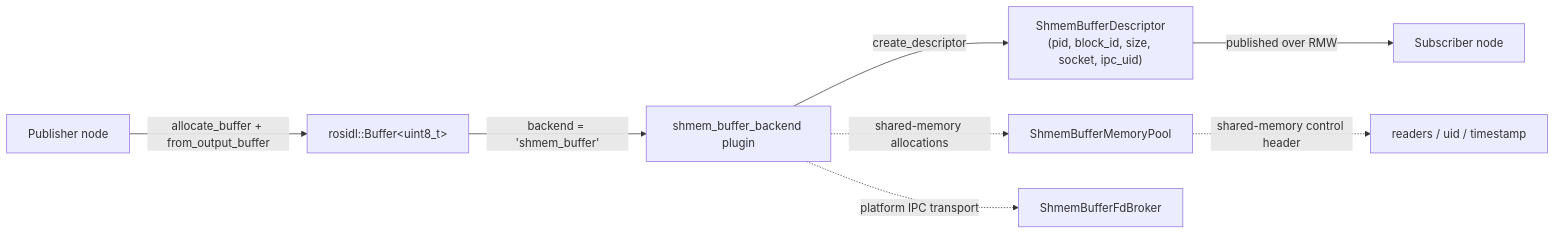
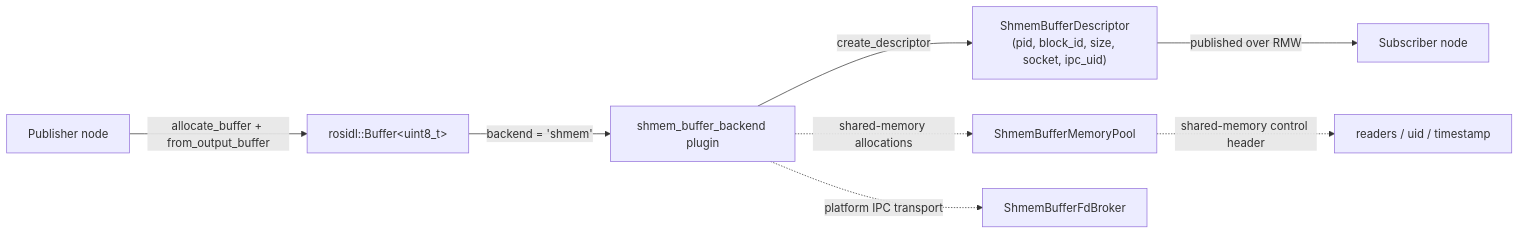
Before and after one commit to dskkato/shmem_buffer_backend: the first of 6 diagrams in docs/shmem_buffer_backend_design.md, drawn with Mermaid. The commit also changed other lines of this file and 9 other files, not shown here.

Commit message:
Rename backend identifier to shmem

````diff
--- a/docs/shmem_buffer_backend_design.md
+++ b/docs/shmem_buffer_backend_design.md
@@ -30,14 +30,14 @@
 ```mermaid
 flowchart LR
   Pub["Publisher node"]
   Sub["Subscriber node"]
 
   Pub -->|"allocate_buffer + from_output_buffer"| Buffer["rosidl::Buffer&lt;uint8_t&gt;"]
-  Buffer -->|"backend = 'shmem_buffer'"| Plugin[shmem_buffer_backend plugin]
+  Buffer -->|"backend = 'shmem'"| Plugin[shmem_buffer_backend plugin]
   Plugin -->|"create_descriptor"| Descriptor["ShmemBufferDescriptor<br/>(pid, block_id, size, socket, ipc_uid)"]
   Descriptor -->|"published over RMW"| Sub
 
   Plugin -.->|"shared-memory allocations"| Pool[ShmemBufferMemoryPool]
   Plugin -.->|"platform IPC transport"| Broker[ShmemBufferFdBroker]
   Pool -.->|"shared-memory control header"| Control["readers / uid / timestamp"]
 ```
````
